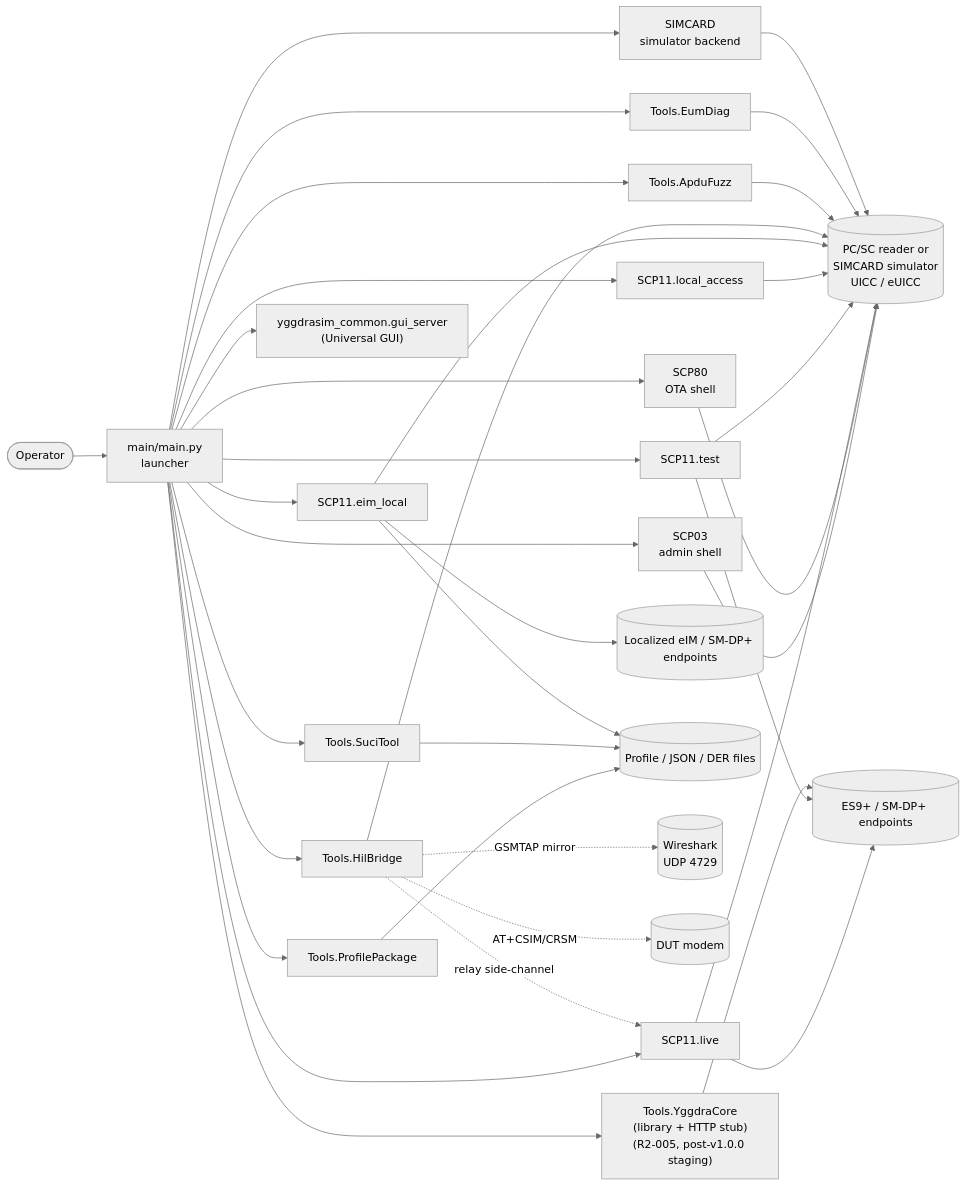
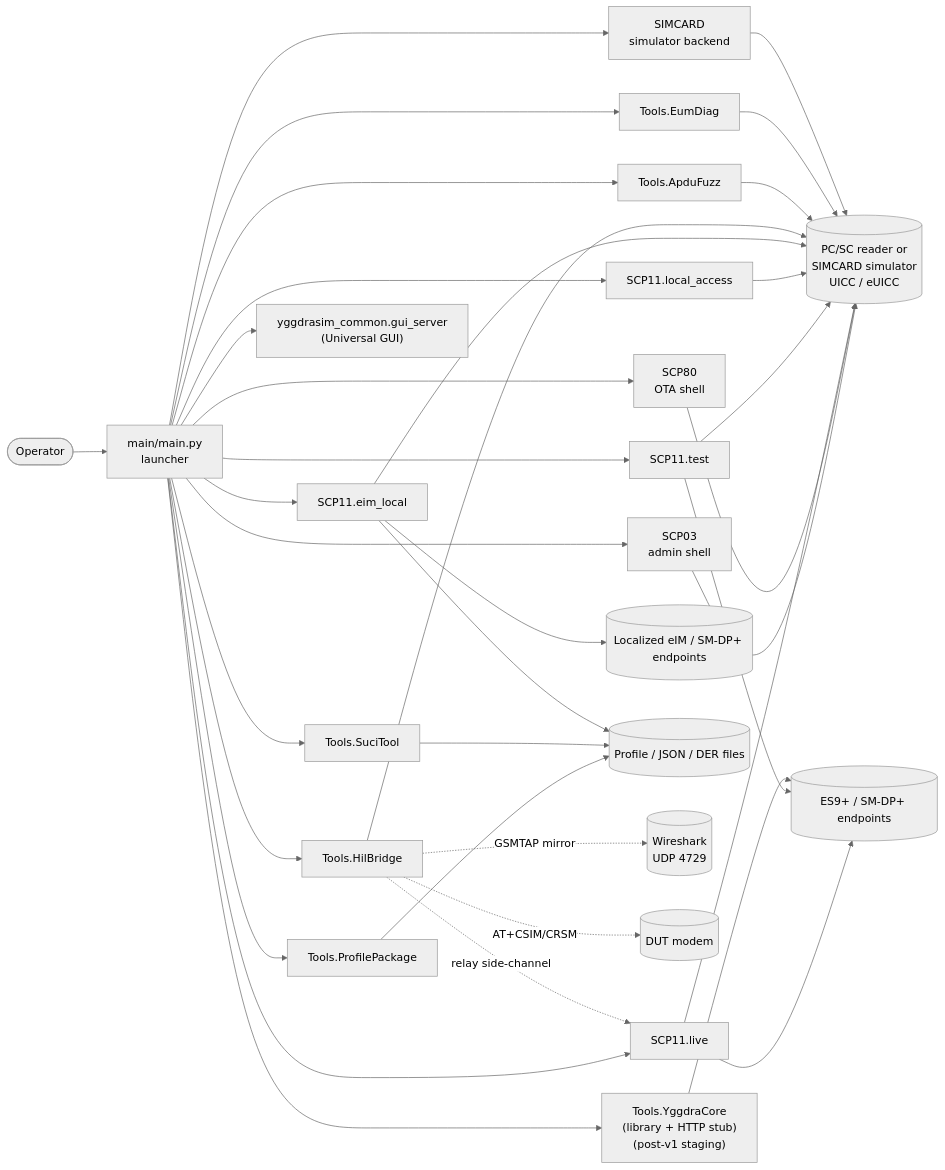
The first of 14 diagrams in site-docs/architecture.md (1oT/YggdraSIM), drawn with Mermaid (neutral theme) before and after one commit. The commit also changed other lines of this file and 452 other files, not shown here.

````diff
--- a/site-docs/architecture.md
+++ b/site-docs/architecture.md
@@ -37,43 +37,43 @@
 ```mermaid
 flowchart LR
     Operator(["Operator"]) --> Launcher["main/main.py<br/>launcher"]
 
     Launcher --> SCP03["SCP03<br/>admin shell"]
     Launcher --> SCP80["SCP80<br/>OTA shell"]
     Launcher --> Live["SCP11.live"]
     Launcher --> Test["SCP11.test"]
     Launcher --> Local["SCP11.local_access"]
     Launcher --> EimLocal["SCP11.eim_local"]
     Launcher --> ProfileTool["Tools.ProfilePackage"]
     Launcher --> HilBridge["Tools.HilBridge"]
     Launcher --> Suci["Tools.SuciTool"]
     Launcher --> ApduFuzz["Tools.ApduFuzz"]
     Launcher --> EumDiag["Tools.EumDiag"]
-    Launcher --> YggdraCore["Tools.YggdraCore<br/>(library + HTTP stub)<br/>(R2-005, post-v1.0.0 staging)"]
+    Launcher --> YggdraCore["Tools.YggdraCore<br/>(library + HTTP stub)<br/>(post-v1 staging)"]
     Launcher --> Simulator["SIMCARD<br/>simulator backend"]
     Launcher --> GuiServer["yggdrasim_common.gui_server<br/>(Universal GUI)"]
 
     SCP03 --> Card[("PC/SC reader or<br/>SIMCARD simulator<br/>UICC / eUICC")]
     SCP80 --> Card
     Live --> Card
     Test --> Card
     Local --> Card
     EimLocal --> Card
     HilBridge --> Card
     ApduFuzz --> Card
     EumDiag --> Card
     Simulator --> Card
 
     Live --> Network[("ES9+ / SM-DP+ endpoints")]
     Test --> Network
     EimLocal --> LocalServices[("Localized eIM / SM-DP+ endpoints")]
     YggdraCore --> Network
 
     ProfileTool --> Files[("Profile / JSON / DER files")]
     Suci --> Files
     EimLocal --> Files
 
     HilBridge -. GSMTAP mirror .-> Wireshark[("Wireshark<br/>UDP 4729")]
     HilBridge -. relay side-channel .-> Live
     HilBridge -. AT+CSIM/CRSM .-> Modem[("DUT modem")]
 ```
````
